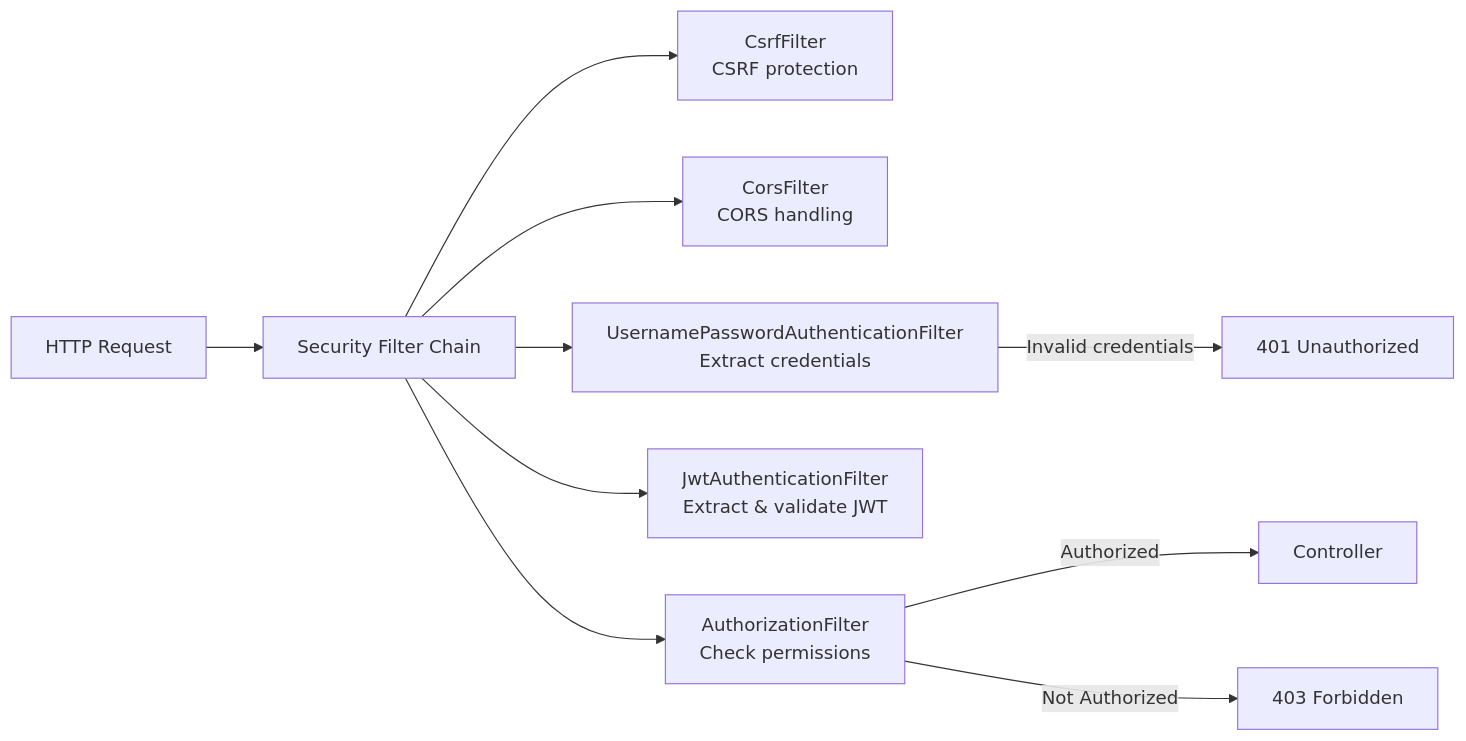
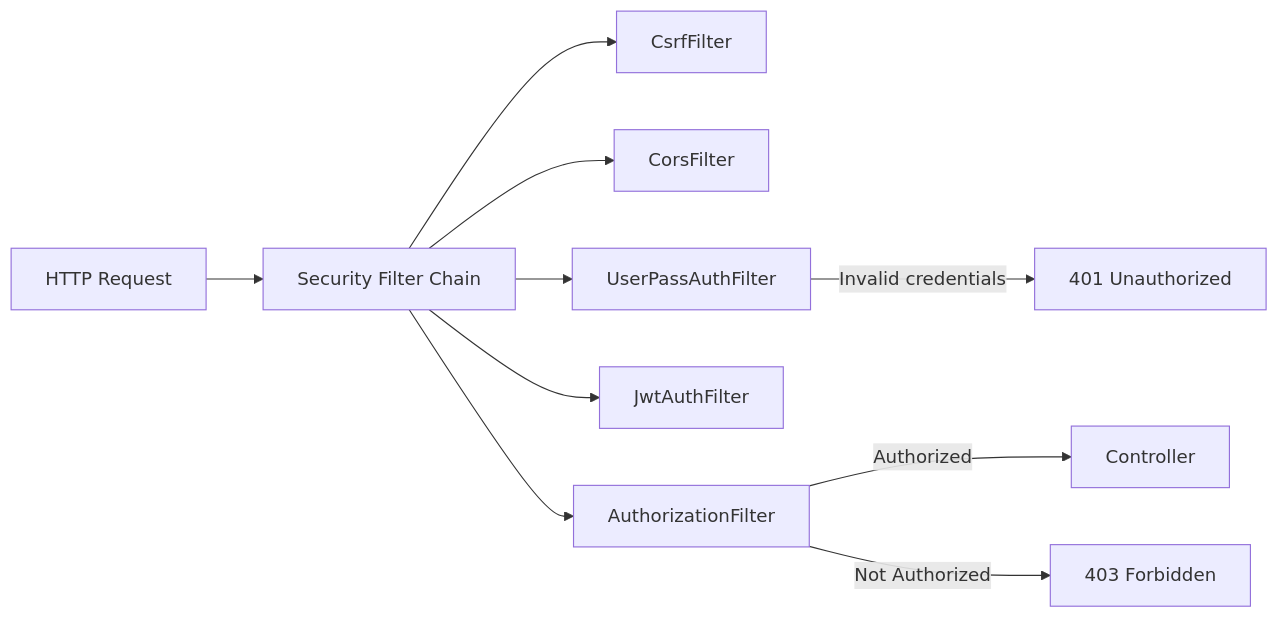
The fifth of 7 diagrams in src/content/en/backend/spring-boot/security.md (Mrnobody102/it-interview-prep), drawn with Mermaid before and after one commit. The commit also changed other lines of this file and 5 other files, not shown here.

````diff
--- a/src/content/en/backend/spring-boot/security.md
+++ b/src/content/en/backend/spring-boot/security.md
@@ -628,12 +628,12 @@
 ```mermaid
 flowchart LR
     A["HTTP Request"] --> B["Security Filter Chain"]
-    B --> C["CsrfFilter<br>CSRF protection"]
-    B --> D["CorsFilter<br>CORS handling"]
-    B --> E["UsernamePasswordAuthenticationFilter<br>Extract credentials"]
-    B --> F["JwtAuthenticationFilter<br>Extract & validate JWT"]
-    B --> G["AuthorizationFilter<br>Check permissions"]
+    B --> C["CsrfFilter"]
+    B --> D["CorsFilter"]
+    B --> E["UserPassAuthFilter"]
+    B --> F["JwtAuthFilter"]
+    B --> G["AuthorizationFilter"]
     G -->|Authorized| H["Controller"]
     G -->|Not Authorized| I["403 Forbidden"]
     E -->|Invalid credentials| J["401 Unauthorized"]
 ```
````
